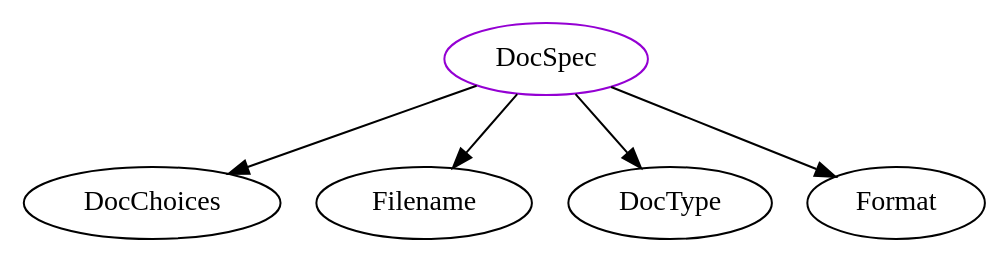
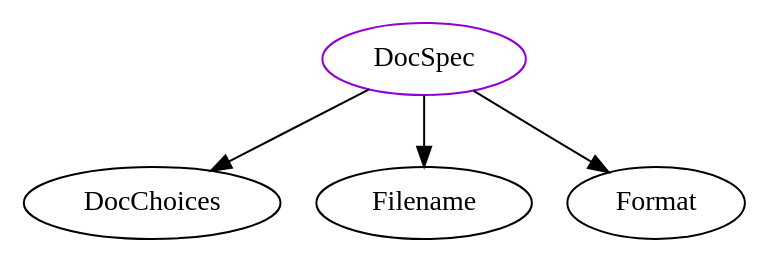
One commit to JacquesCarette/Drasil changed the diagram in analysis/TypeDependencyGraphs/gen/DocSpec.dot. Above: the diagram before and after it, drawn with Graphviz. The commit also changed 558 other files, not shown here.

```diff
--- a/analysis/TypeDependencyGraphs/gen/DocSpec.dot
+++ b/analysis/TypeDependencyGraphs/gen/DocSpec.dot
@@ -1,7 +1,6 @@
 digraph docspec{
 DocSpec	[shape=oval, color=darkviolet, label="DocSpec"];
 DocSpec -> DocChoices;
 DocSpec -> Filename;
-DocSpec -> DocType;
 DocSpec -> Format;
 }
```
